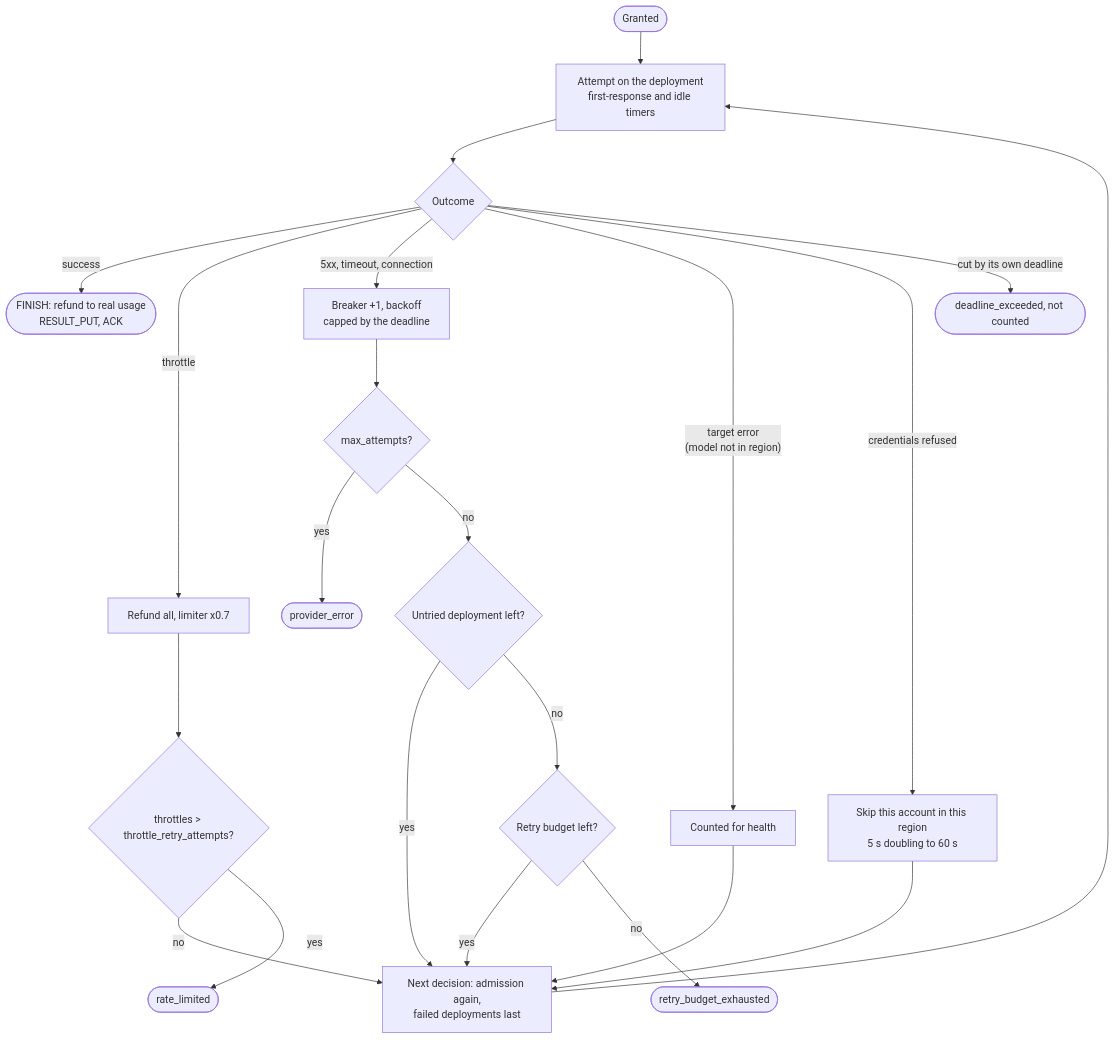
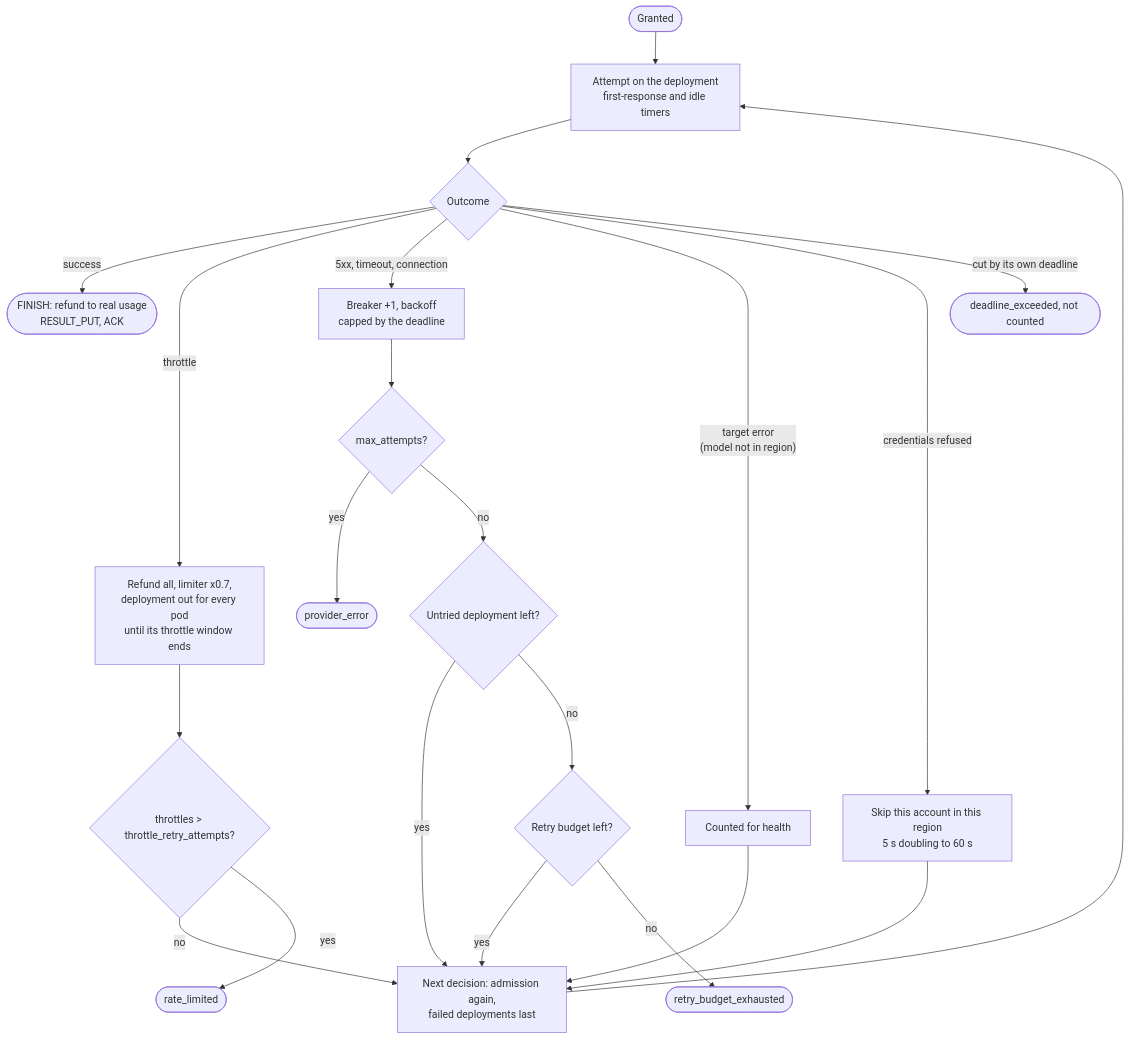
One commit to techiewonk/llm-queue changed the first of 2 diagrams in docs/explanation/attempts.md. Above: the diagram before and after it, drawn with Mermaid. The commit also changed other lines of this file and 6 other files, not shown here.

````diff
--- a/docs/explanation/attempts.md
+++ b/docs/explanation/attempts.md
@@ -5,22 +5,22 @@
 ```mermaid
 flowchart TD
   S([Granted]) --> A[Attempt on the deployment<br/>first-response and idle timers]
   A --> O{Outcome}
   O -- success --> OK([FINISH: refund to real usage<br/>RESULT_PUT, ACK])
-  O -- throttle --> T[Refund all, limiter x0.7]
+  O -- throttle --> T[Refund all, limiter x0.7,<br/>deployment out for every pod<br/>until its throttle window ends]
   T --> T1{throttles > throttle_retry_attempts?}
   T1 -- no --> NX
   T1 -- yes --> RL([rate_limited])
   O -- "5xx, timeout, connection" --> E[Breaker +1, backoff<br/>capped by the deadline]
   E --> E1{max_attempts?}
   E1 -- yes --> PE([provider_error])
   E1 -- no --> E2{Untried deployment left?}
   E2 -- yes --> NX
   E2 -- no --> E3{Retry budget left?}
   E3 -- yes --> NX
   E3 -- no --> RB([retry_budget_exhausted])
   O -- "target error<br/>(model not in region)" --> TG[Counted for health] --> NX
   O -- "credentials refused" --> CR[Skip this account in this region<br/>5 s doubling to 60 s] --> NX
   O -- "cut by its own deadline" --> DL([deadline_exceeded, not counted])
   NX[Next decision: admission again,<br/>failed deployments last] --> A
 ```
````
